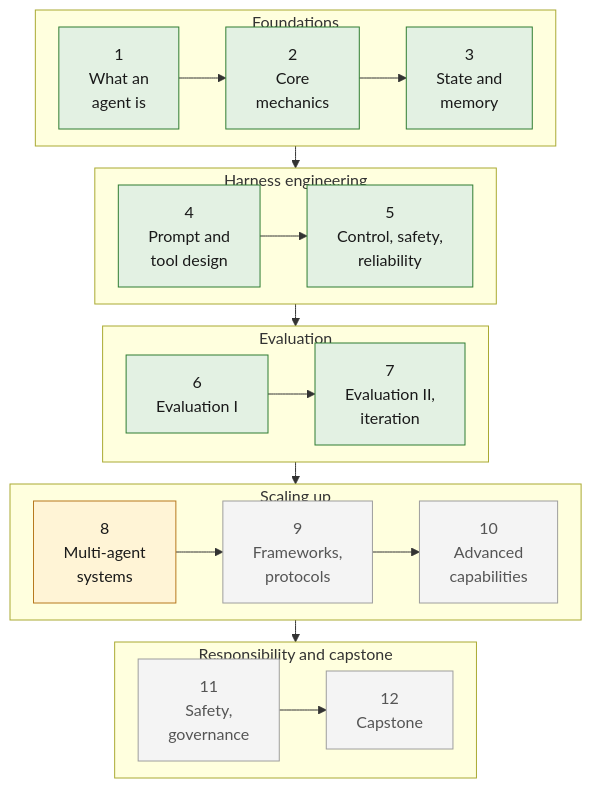
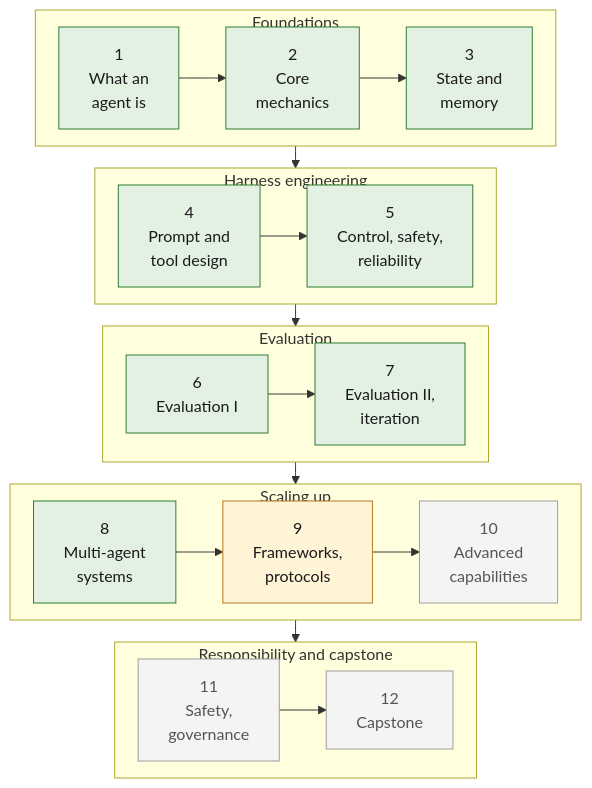
Before and after one commit to joshxinjie/agentic-harness-notes: the diagram in diagrams/src/course-map.mmd, drawn with Mermaid. The commit also changed 15 other files, not shown here.

```diff
--- a/diagrams/src/course-map.mmd
+++ b/diagrams/src/course-map.mmd
@@ -1,29 +1,29 @@
 %%{init: {"flowchart": {"rankSpacing": 22, "nodeSpacing": 14}}}%%
 flowchart TD
     subgraph F["Foundations"]
         direction LR
         W1["1<br>What an<br>agent is"] --> W2["2<br>Core<br>mechanics"] --> W3["3<br>State and<br>memory"]
     end
     subgraph H["Harness engineering"]
         direction LR
         W4["4<br>Prompt and<br>tool design"] --> W5["5<br>Control, safety,<br>reliability"]
     end
     subgraph E["Evaluation"]
         direction LR
         W6["6<br>Evaluation I"] --> W7["7<br>Evaluation II,<br>iteration"]
     end
     subgraph S["Scaling up"]
         direction LR
         W8["8<br>Multi-agent<br>systems"] --> W9["9<br>Frameworks,<br>protocols"] --> W10["10<br>Advanced<br>capabilities"]
     end
     subgraph R["Responsibility and capstone"]
         direction LR
         W11["11<br>Safety,<br>governance"] --> W12["12<br>Capstone"]
     end
     F --> H --> E --> S --> R
     classDef done fill:#e3f1e3,stroke:#2f7d32,color:#1a1a1a
     classDef now fill:#fff4d6,stroke:#b7791f,color:#1a1a1a
     classDef todo fill:#f4f4f4,stroke:#9e9e9e,color:#555555
-    class W1,W2,W3,W4,W5,W6,W7 done
-    class W8 now
-    class W9,W10,W11,W12 todo
+    class W1,W2,W3,W4,W5,W6,W7,W8 done
+    class W9 now
+    class W10,W11,W12 todo
```
